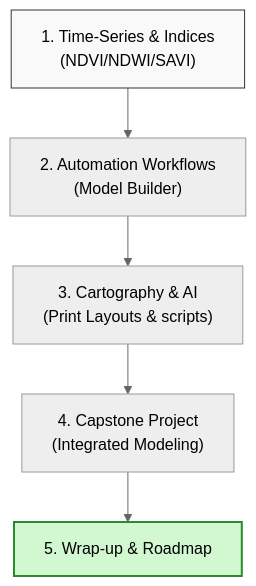
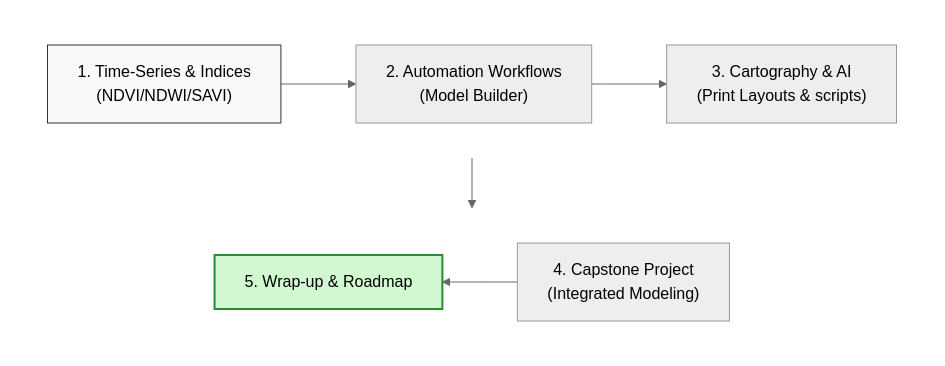
The diagram in docs/day5/index.md (Rotten-Grapes-Pvt-Ltd/QGIS-WECS), drawn with Mermaid (neutral theme) before and after one commit. The commit also changed 5 other files, not shown here.

Commit message:
Refactor learning roadmaps on Days 1-5 to a compact grid-based snake flow

````diff
--- a/docs/day5/index.md
+++ b/docs/day5/index.md
@@ -28,10 +28,17 @@
 ```mermaid
-graph TD
-    A["1. Time-Series & Indices<br/>(NDVI/NDWI/SAVI)"] --> B["2. Automation Workflows<br/>(Model Builder)"]
-    B --> C["3. Cartography & AI<br/>(Print Layouts & scripts)"]
-    C --> D["4. Capstone Project<br/>(Integrated Modeling)"]
-    D --> E["5. Wrap-up & Roadmap"]
+flowchart TD
+    subgraph Row1 [" "]
+        direction LR
+        A["1. Time-Series & Indices<br/>(NDVI/NDWI/SAVI)"] --> B["2. Automation Workflows<br/>(Model Builder)"] --> C["3. Cartography & AI<br/>(Print Layouts & scripts)"]
+    end
+    subgraph Row2 [" "]
+        direction RL
+        D["4. Capstone Project<br/>(Integrated Modeling)"] --> E["5. Wrap-up & Roadmap"]
+    end
+    C --> D
     
     style A fill:#f9f9f9,stroke:#333
     style E fill:#d2f8d2,stroke:#2b8a2b,stroke-width:2px
+    style Row1 fill:none,stroke:none,stroke-width:0px
+    style Row2 fill:none,stroke:none,stroke-width:0px
 ```
````
